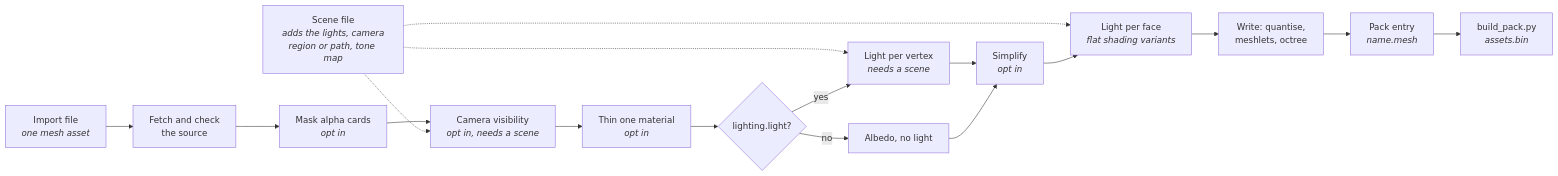
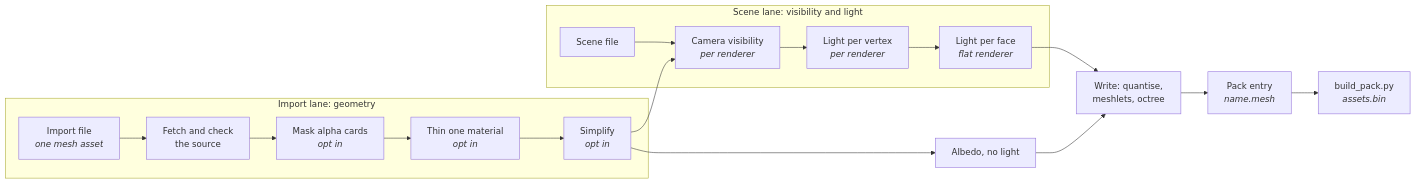
One commit to jose-villegas/autana changed the first of 4 diagrams in docs/render/Mesh-Import.md. Above: the diagram before and after it, drawn with Mermaid. The commit also changed other lines of this file and 19 other files, not shown here.

Commit message:
r3d: make scene renderers own lighting

````diff
--- a/docs/render/Mesh-Import.md
+++ b/docs/render/Mesh-Import.md
@@ -7,19 +7,20 @@
 ```mermaid
 flowchart LR
+    subgraph Import_lane["Import lane: geometry"]
     Import["Import file<br/><i>one mesh asset</i>"] --> Fetch["Fetch and check<br/>the source"]
     Fetch --> Mask["Mask alpha cards<br/><i>opt in</i>"]
-    Mask --> Vis["Camera visibility<br/><i>opt in, needs a scene</i>"]
-    Vis --> Thin["Thin one material<br/><i>opt in</i>"]
-    Thin --> Colour{"lighting.light?"}
-    Scene["Scene file<br/><i>adds the lights, camera<br/>region or path, tone map</i>"] -.-> Vis
-    Scene -.-> Lit
-    Scene -.-> Face
-    Colour -- yes --> Lit["Light per vertex<br/><i>needs a scene</i>"]
-    Colour -- no --> Albedo["Albedo, no light"]
-    Lit --> Simp["Simplify<br/><i>opt in</i>"]
-    Albedo --> Simp
-    Simp --> Face["Light per face<br/><i>flat shading variants</i>"]
-    Face --> Write["Write: quantise,<br/>meshlets, octree"]
+    Mask --> Thin["Thin one material<br/><i>opt in</i>"]
+    Thin --> Simp["Simplify<br/><i>opt in</i>"]
+    end
+    subgraph Scene_lane["Scene lane: visibility and light"]
+    Scene["Scene file"] --> Vis["Camera visibility<br/><i>per renderer</i>"]
+    Vis --> Lit["Light per vertex<br/><i>per renderer</i>"]
+    Lit --> Face["Light per face<br/><i>flat renderer</i>"]
+    end
+    Simp --> Vis
+    Simp --> Albedo["Albedo, no light"]
+    Albedo --> Write["Write: quantise,<br/>meshlets, octree"]
+    Face --> Write
     Write --> Entry["Pack entry<br/><i>name.mesh</i>"]
     Entry --> Pack["build_pack.py<br/><i>assets.bin</i>"]
 ```
````
